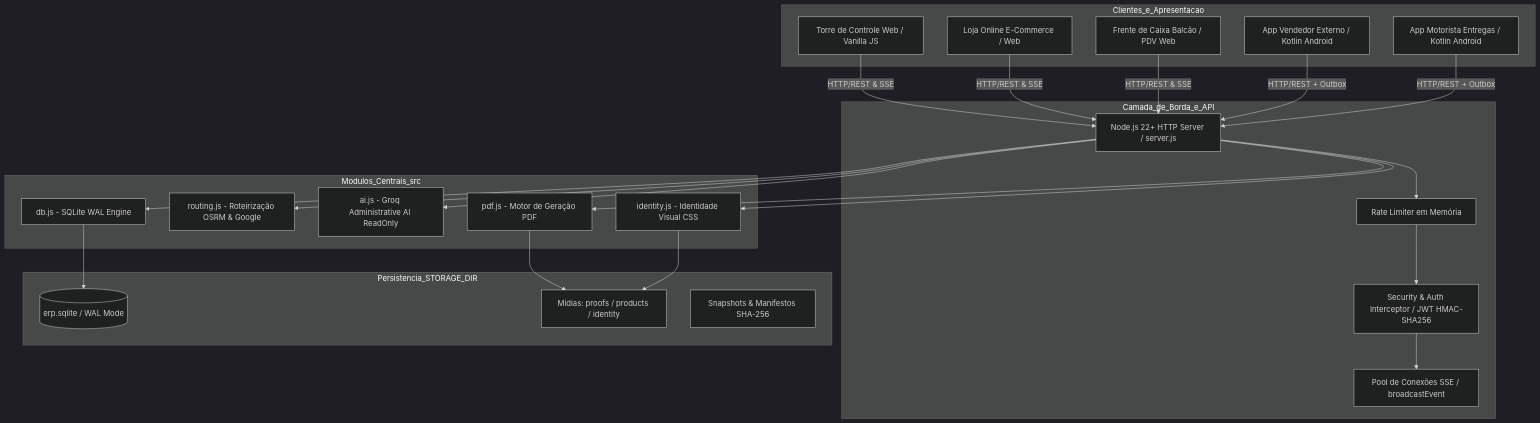
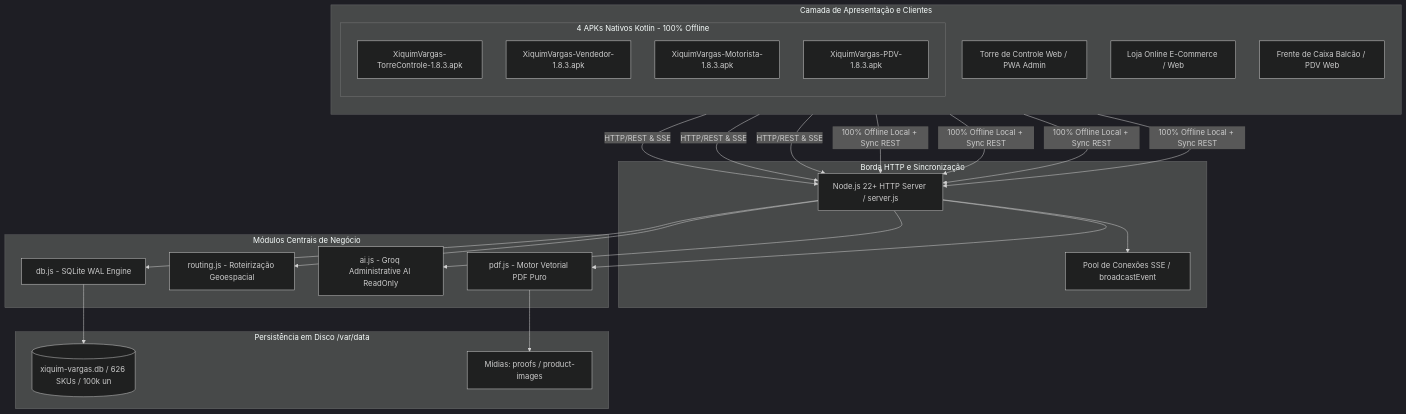
One commit to autonomiaagencia19-ship-it/xiquim-vargas-- changed the diagram in xiquimvargasmanuais/09_Raio_X_Engenharia_AutonomIA_ERP_2.2.1.md. Above: the diagram before and after it, drawn with Mermaid (dark theme). The commit also changed other lines of this file and 19 other files, not shown here.

Commit message:
docs(manuais): atualizar suite completa de manuais para refletir APKs offline, render e banco limpo

````diff
--- a/xiquimvargasmanuais/09_Raio_X_Engenharia_AutonomIA_ERP_2.2.1.md
+++ b/xiquimvargasmanuais/09_Raio_X_Engenharia_AutonomIA_ERP_2.2.1.md
@@ -11,39 +9,40 @@
 ```mermaid
 graph TD
-    subgraph Clientes_e_Apresentacao
-        TW[Torre de Controle Web / Vanilla JS]
+    subgraph Apresentacao_e_Clientes [Camada de Apresentação e Clientes]
+        direction TB
+        TW[Torre de Controle Web / PWA Admin]
         LO[Loja Online E-Commerce / Web]
-        PDV[Frente de Caixa Balcão / PDV Web]
-        APP_V[App Vendedor Externo / Kotlin Android]
-        APP_M[App Motorista Entregas / Kotlin Android]
+        PDV_WEB[Frente de Caixa Balcão / PDV Web]
+        
+        subgraph APKs_Android_Nativos_Offline [4 APKs Nativos Kotlin - 100% Offline]
+            APK_TW[XiquimVargas-TorreControle-1.8.3.apk]
+            APK_VEND[XiquimVargas-Vendedor-1.8.3.apk]
+            APK_MOT[XiquimVargas-Motorista-1.8.3.apk]
+            APK_PDV[XiquimVargas-PDV-1.8.3.apk]
+        end
     end
 
-    subgraph Camada_de_Borda_e_API
+    subgraph Borda_e_API [Borda HTTP e Sincronização]
         GW[Node.js 22+ HTTP Server / server.js]
-        RL[Rate Limiter em Memória]
-        SEC[Security & Auth Interceptor / JWT HMAC-SHA256]
         SSE_POOL[Pool de Conexões SSE / broadcastEvent]
     end
 
-    subgraph Modulos_Centrais_src
+    subgraph Modulos_Centrais [Módulos Centrais de Negócio]
         MOD_DB[db.js - SQLite WAL Engine]
-        MOD_ROUT[routing.js - Roteirização OSRM & Google]
+        MOD_ROUT[routing.js - Roteirização Geoespacial]
         MOD_AI[ai.js - Groq Administrative AI ReadOnly]
-        MOD_PDF[pdf.js - Motor de Geração PDF]
-        MOD_ID[identity.js - Identidade Visual CSS]
+        MOD_PDF[pdf.js - Motor Vetorial PDF Puro]
     end
 
-    subgraph Persistencia_STORAGE_DIR
-        SQLITE[(erp.sqlite / WAL Mode)]
-        MEDIA[Mídias: proofs / products / identity]
-        BACKUP[Snapshots & Manifestos SHA-256]
+    subgraph Persistencia_Render [Persistência em Disco /var/data]
+        SQLITE[(xiquim-vargas.db / 626 SKUs / 100k un)]
+        MEDIA[Mídias: proofs / product-images]
     end
 
-    TW & LO & PDV -->|HTTP/REST & SSE| GW
-    APP_V & APP_M -->|HTTP/REST + Outbox| GW
-    GW --> RL --> SEC
-    SEC --> SSE_POOL
-    GW --> MOD_DB & MOD_ROUT & MOD_AI & MOD_PDF & MOD_ID
+    TW & LO & PDV_WEB -->|HTTP/REST & SSE| GW
+    APK_TW & APK_VEND & APK_MOT & APK_PDV -->|100% Offline Local + Sync REST| GW
+    GW --> SSE_POOL
+    GW --> MOD_DB & MOD_ROUT & MOD_AI & MOD_PDF
     MOD_DB --> SQLITE
-    MOD_PDF & MOD_ID --> MEDIA
+    MOD_PDF --> MEDIA
 ```
````
